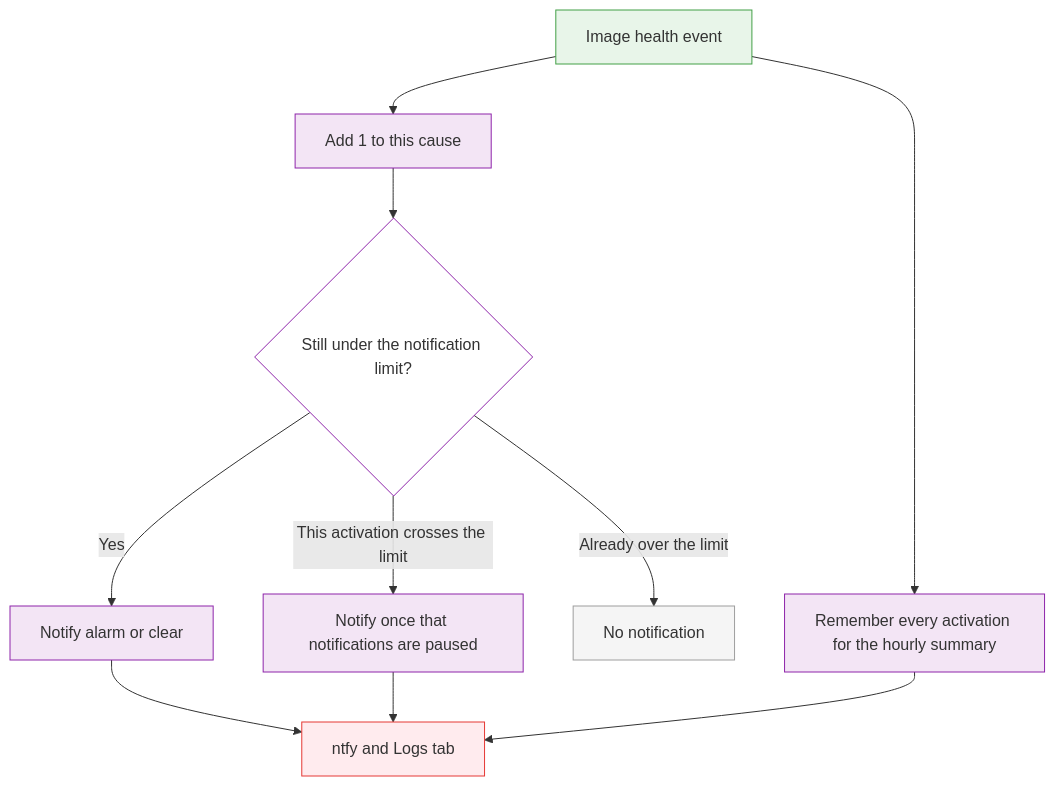
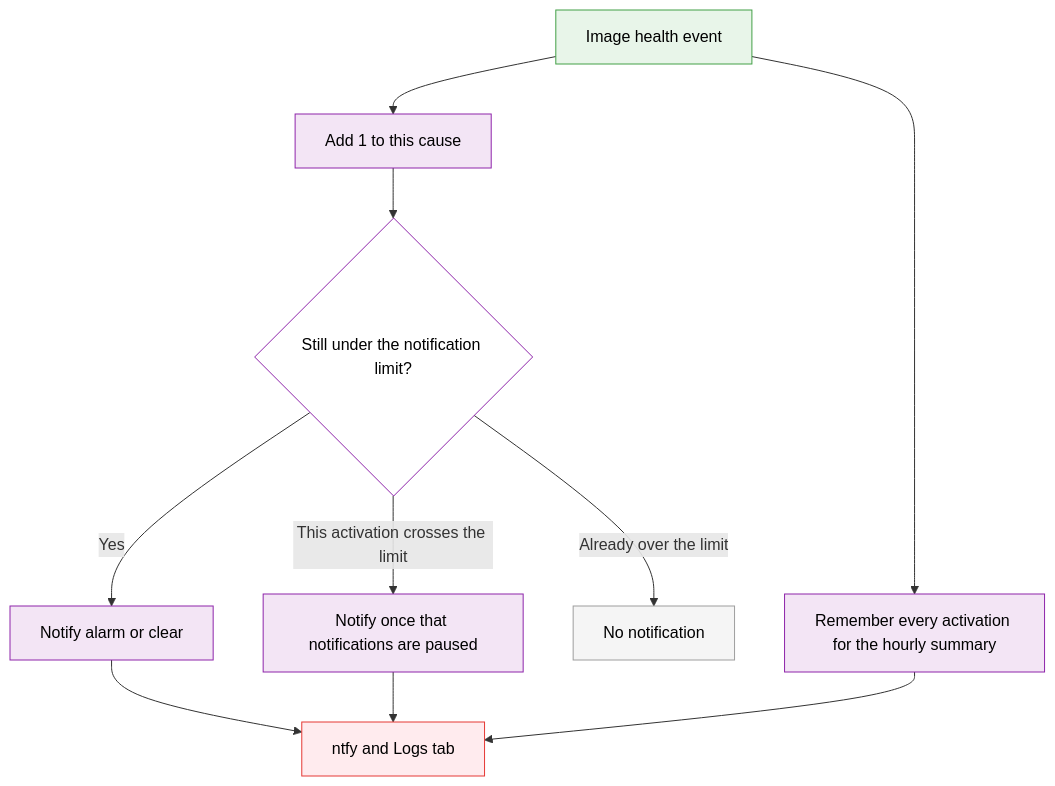
One commit to AntiqArch/readme-sandbox changed the diagram in project-image-health-event-notifications/README.md. Above: the diagram before and after it, drawn with Mermaid. The commit also changed other lines of this file, not shown here.

````diff
--- a/project-image-health-event-notifications/README.md
+++ b/project-image-health-event-notifications/README.md
@@ -63,21 +92,21 @@
 ```mermaid
 flowchart TD
     A["Image health event"] --> B["Add 1 to this cause"]
     B --> C{"Still under the notification limit?"}
     C -->|Yes| D["Notify alarm or clear"]
     C -->|This activation crosses the limit| E["Notify once that notifications are paused"]
     C -->|Already over the limit| F["No notification"]
     A --> G["Remember every activation for the hourly summary"]
     D --> H["ntfy and Logs tab"]
     E --> H
     G --> H
 
-    style A fill:#e8f5e9,stroke:#43a047
-    style B fill:#f3e5f5,stroke:#8e24aa
-    style C fill:#ffffff,stroke:#8e24aa
-    style D fill:#f3e5f5,stroke:#8e24aa
-    style E fill:#f3e5f5,stroke:#8e24aa
-    style F fill:#f5f5f5,stroke:#9e9e9e
-    style G fill:#f3e5f5,stroke:#8e24aa
-    style H fill:#ffebee,stroke:#e53935
+    style A fill:#e8f5e9,stroke:#43a047,color:#000000
+    style B fill:#f3e5f5,stroke:#8e24aa,color:#000000
+    style C fill:#ffffff,stroke:#8e24aa,color:#000000
+    style D fill:#f3e5f5,stroke:#8e24aa,color:#000000
+    style E fill:#f3e5f5,stroke:#8e24aa,color:#000000
+    style F fill:#f5f5f5,stroke:#9e9e9e,color:#000000
+    style G fill:#f3e5f5,stroke:#8e24aa,color:#000000
+    style H fill:#ffebee,stroke:#e53935,color:#000000
 ```
````
